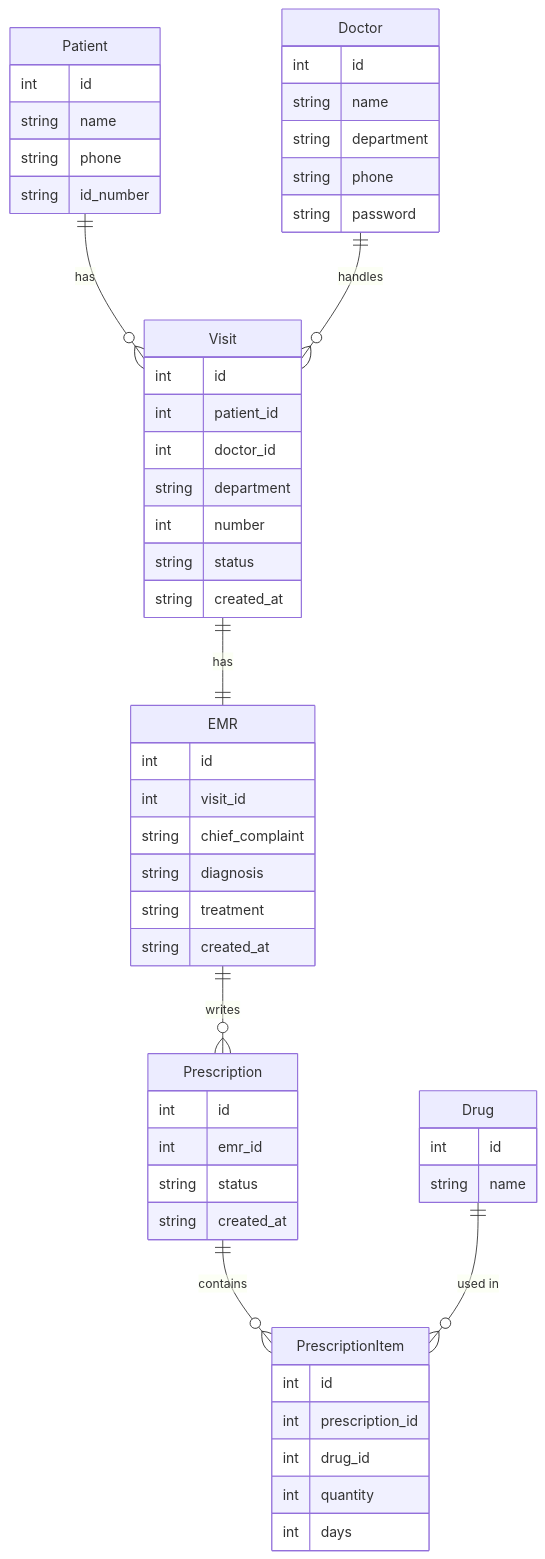
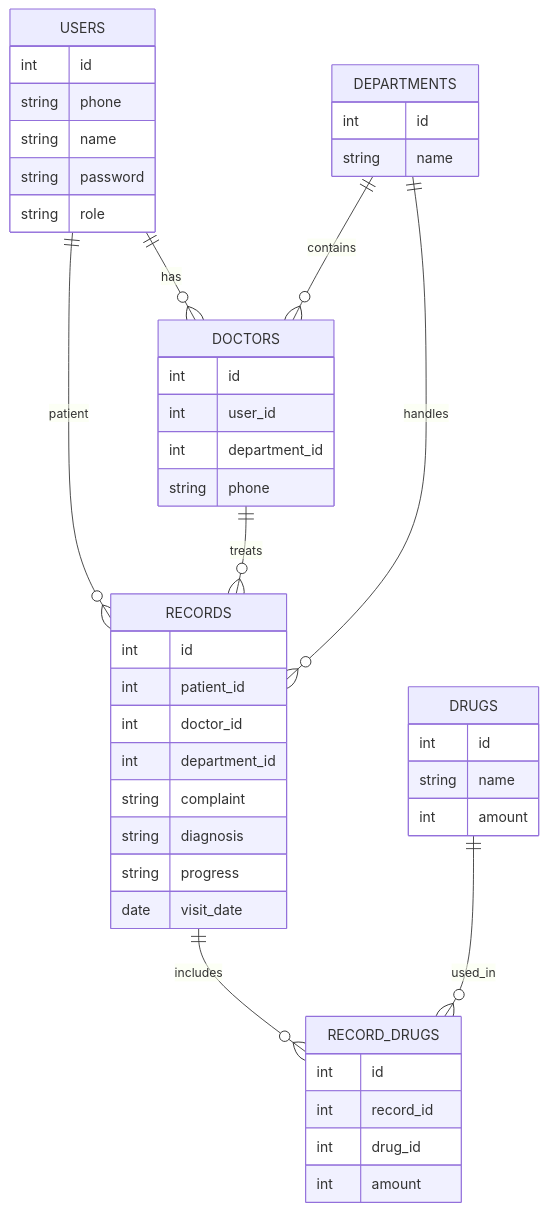
Before and after one commit to Clareses/hospital-proj: the diagram in 1.database/readme.md, drawn with Mermaid. The commit also changed other lines of this file and 8 other files, not shown here.

````diff
--- a/1.database/readme.md
+++ b/1.database/readme.md
@@ -3,67 +85,54 @@
 ```mermaid
+erDiagram
+    USERS ||--o{ DOCTORS : has
+    USERS ||--o{ RECORDS : patient
+    DOCTORS ||--o{ RECORDS : treats
+    DEPARTMENTS ||--o{ DOCTORS : contains
+    DEPARTMENTS ||--o{ RECORDS : handles
+    RECORDS ||--o{ RECORD_DRUGS : includes
+    DRUGS ||--o{ RECORD_DRUGS : used_in
 
-erDiagram
-
-    Patient ||--o{ Visit : "has"
-    Doctor  ||--o{ Visit : "handles"
-
-    Visit ||--|| EMR : "has"
-    EMR   ||--o{ Prescription : "writes"
-    Prescription ||--o{ PrescriptionItem : "contains"
-    Drug ||--o{ PrescriptionItem : "used in"
-
-    Patient {
+    USERS {
         int id
+        string phone
         string name
-        string phone
-        string id_number
+        string password
+        string role
     }
 
-    Doctor {
+    DOCTORS {
         int id
-        string name
-        string department
+        int user_id
+        int department_id
         string phone
-        string password
     }
 
-    Visit {
-        int id
-        int patient_id
-        int doctor_id
-        string department
-        int number
-        string status
-        string created_at
-    }
-
-    EMR {
-        int id
-        int visit_id
-        string chief_complaint
-        string diagnosis
-        string treatment
-        string created_at
-    }
-
-    Prescription {
-        int id
-        int emr_id
-        string status
-        string created_at
-    }
-
-    PrescriptionItem {
-        int id
-        int prescription_id
-        int drug_id
-        int quantity
-        int days
-    }
-
-    Drug {
+    DEPARTMENTS {
         int id
         string name
     }
 
+    DRUGS {
+        int id
+        string name
+        int amount
+    }
+
+    RECORDS {
+        int id
+        int patient_id
+        int doctor_id
+        int department_id
+        string complaint
+        string diagnosis
+        string progress
+        date visit_date
+    }
+
+    RECORD_DRUGS {
+        int id
+        int record_id
+        int drug_id
+        int amount
+    }
 ```
````
